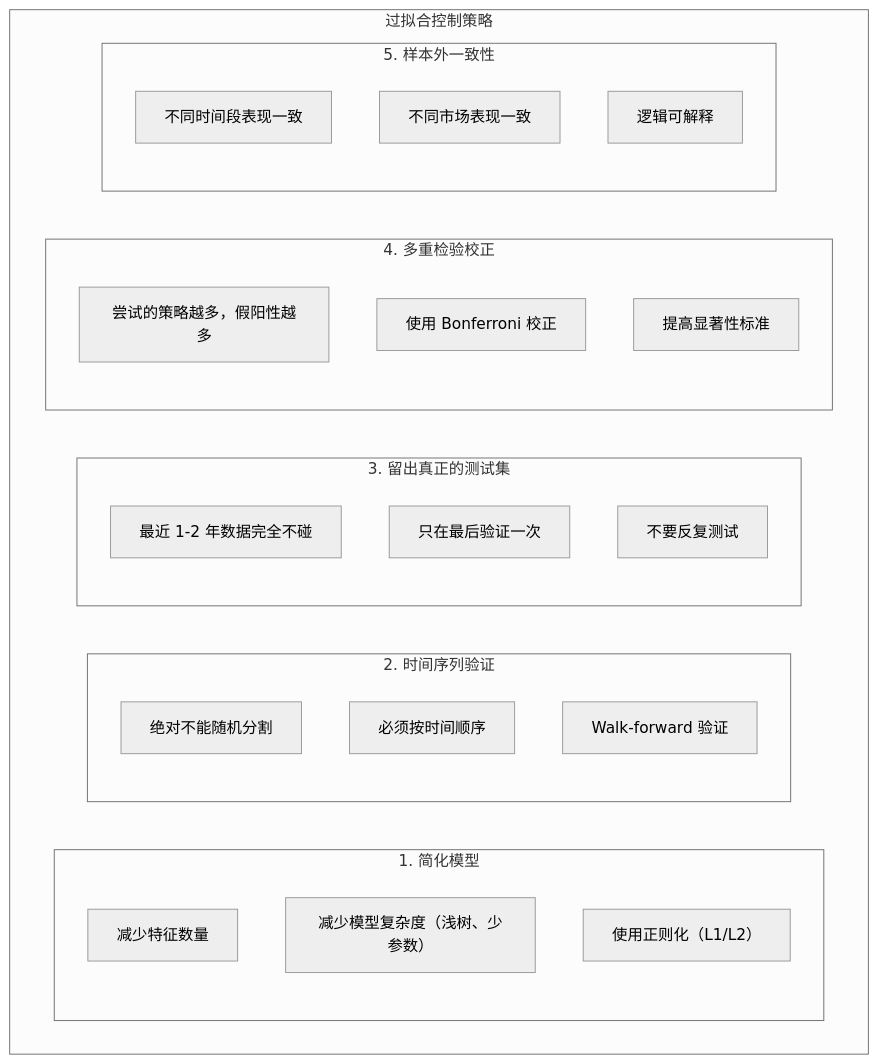
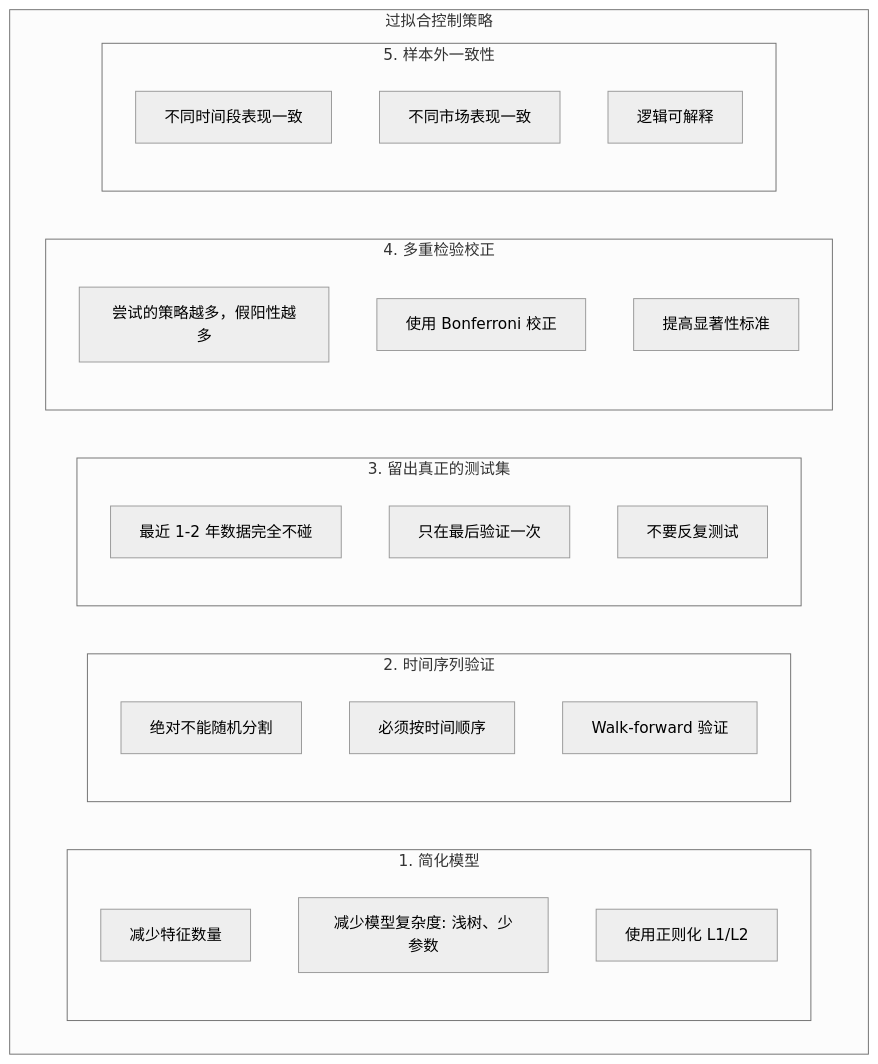
Before and after one commit to jpixy/jpixy.github.io: the fifth of 11 diagrams in content/articles/quant/quant-07-机器学习量化实战.md, drawn with Mermaid (neutral theme). The commit also changed other lines of this file and 66 other files, not shown here.

Commit message:
fix: resolve Mermaid syntax errors by removing parentheses in node labels

````diff
--- a/content/articles/quant/quant-07-机器学习量化实战.md
+++ b/content/articles/quant/quant-07-机器学习量化实战.md
@@ -305,30 +305,30 @@
 ```mermaid
 graph TB
     subgraph 防过拟合["过拟合控制策略"]
         subgraph S1["1. 简化模型"]
             A1["减少特征数量"]
-            A2["减少模型复杂度（浅树、少参数）"]
-            A3["使用正则化（L1/L2）"]
+            A2["减少模型复杂度: 浅树、少参数"]
+            A3["使用正则化 L1/L2"]
         end
         subgraph S2["2. 时间序列验证"]
             B1["绝对不能随机分割"]
             B2["必须按时间顺序"]
             B3["Walk-forward 验证"]
         end
         subgraph S3["3. 留出真正的测试集"]
             C1["最近 1-2 年数据完全不碰"]
             C2["只在最后验证一次"]
             C3["不要反复测试"]
         end
         subgraph S4["4. 多重检验校正"]
             D1["尝试的策略越多，假阳性越多"]
             D2["使用 Bonferroni 校正"]
             D3["提高显著性标准"]
         end
         subgraph S5["5. 样本外一致性"]
             E1["不同时间段表现一致"]
             E2["不同市场表现一致"]
             E3["逻辑可解释"]
         end
     end
 ```
````
